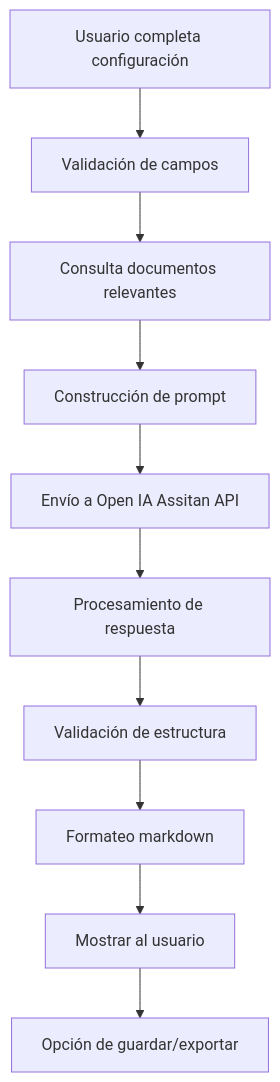
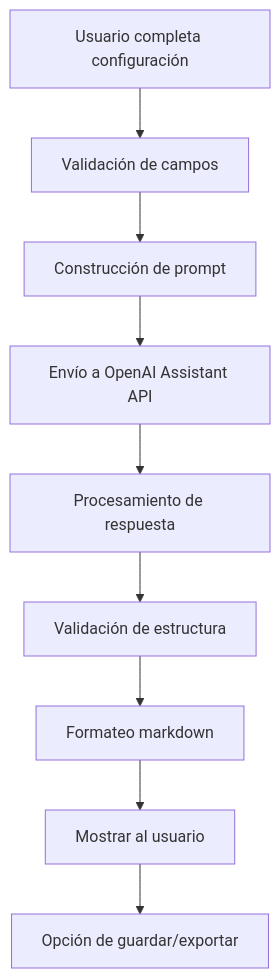
The third of 6 diagrams in README.md (Curriaga2002/tutor-agente-ia), drawn with Mermaid before and after one commit. The commit also changed other lines of this file, not shown here.

Commit message:
README adaptado: limpieza de referencias a bucket, documentos y RAG; documentación alineada a la estructura actual

````diff
--- a/README.md
+++ b/README.md
@@ -171,12 +124,11 @@
 ```mermaid
 flowchart TD
     A[Usuario completa configuración] --> B[Validación de campos]
-    B --> C[Consulta documentos relevantes]
-    C --> D[Construcción de prompt]
-    D --> E[Envío a Open IA Assitan API]
-    E --> F[Procesamiento de respuesta]
-    F --> G[Validación de estructura]
-    G --> H[Formateo markdown]
-    H --> I[Mostrar al usuario]
-    I --> J[Opción de guardar/exportar]
+    B --> C[Construcción de prompt]
+    C --> D[Envío a OpenAI Assistant API]
+    D --> E[Procesamiento de respuesta]
+    E --> F[Validación de estructura]
+    F --> G[Formateo markdown]
+    G --> H[Mostrar al usuario]
+    H --> I[Opción de guardar/exportar]
 ```
````
